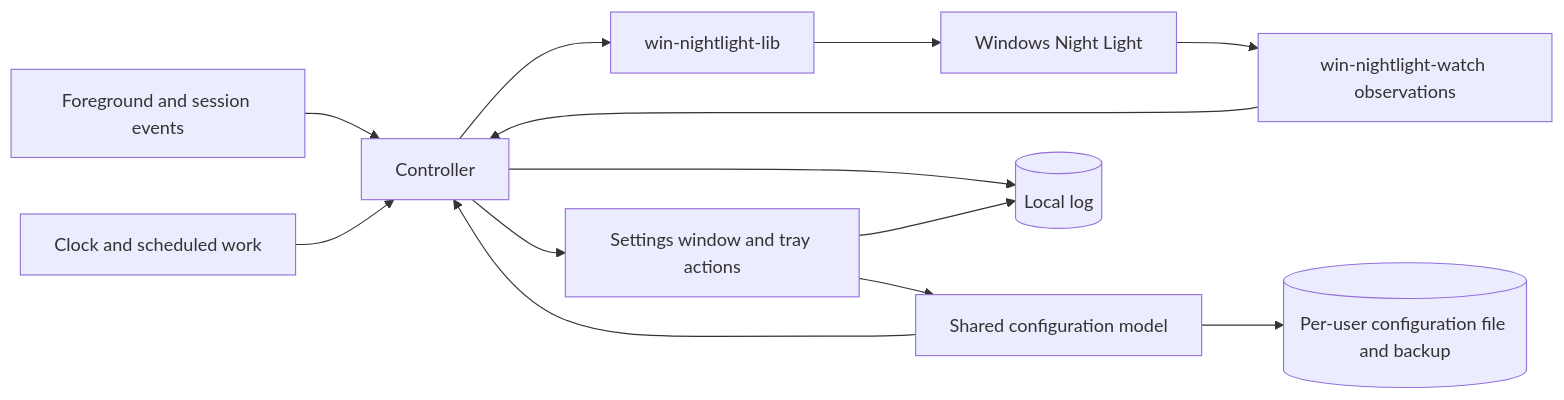
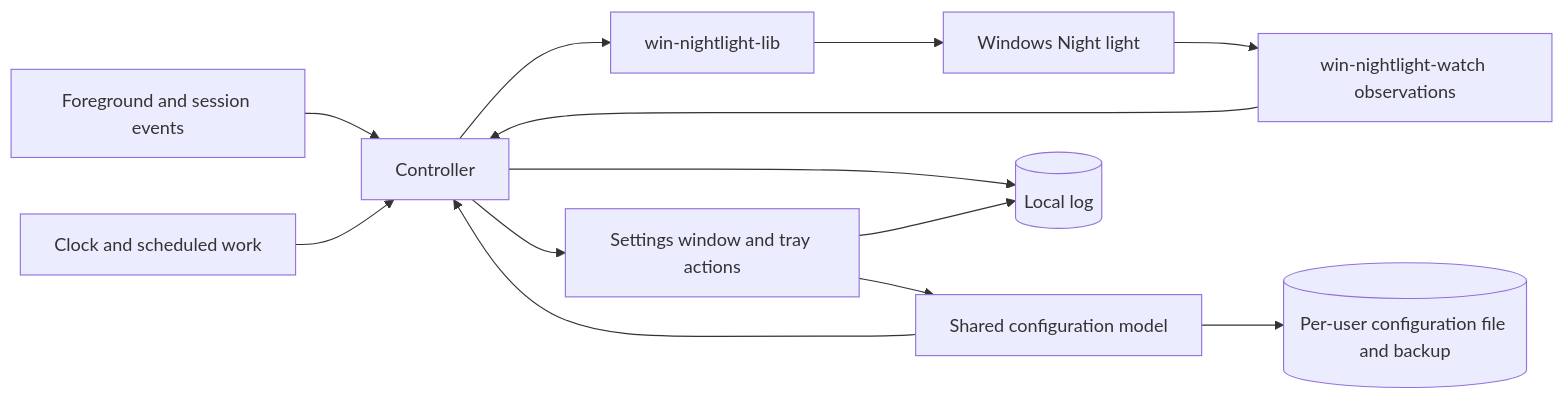
Before and after one commit to kvnxiao/circadia: the diagram in docs/specs/SPEC.md, drawn with Mermaid. The commit also changed other lines of this file and 81 other files, not shown here.

Commit message:
Standardize Night light naming, refresh README, and split Preview builds (#6)

````diff
--- a/docs/specs/SPEC.md
+++ b/docs/specs/SPEC.md
@@ -128,15 +128,15 @@
 ```mermaid
 flowchart LR
   F[Foreground and session events] --> C[Controller]
   W[win-nightlight-watch observations] --> C
   K[Clock and scheduled work] --> C
   U[Settings window and tray actions] --> M[Shared configuration model]
   M --> D[(Per-user configuration file and backup)]
   M --> C
   C --> L[win-nightlight-lib]
-  L --> N[Windows Night Light]
+  L --> N[Windows Night light]
   N --> W
   C --> U
   C --> G[(Local log)]
   U --> G
 ```
````
